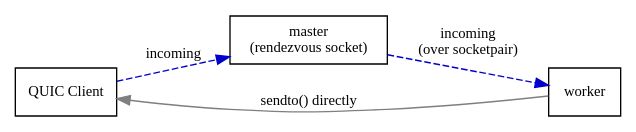
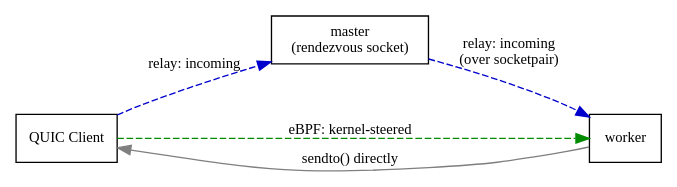
The sixth of 6 diagrams in docsrc/concepts/features/quic-dispatch.rst (cyrusimap/cyrus-imapd), drawn with Graphviz before and after one commit. The commit also changed other lines of this file and 17 other files, not shown here.

First line of the commit message:
master.c: add an eBPF backend for QUIC connection dispatch

```diff
--- a/docsrc/concepts/features/quic-dispatch.rst
+++ b/docsrc/concepts/features/quic-dispatch.rst
@@ -219,15 +446,16 @@
 .. graphviz::
     :caption: A connection's traffic, both directions, after handoff
 
     digraph {
             rankdir = LR;
             splines = true;
             nodesep = 0.6;
 
             edge [color=gray50, fontname=Calibri, fontsize=11];
             node [shape=record, fontname=Calibri, fontsize=11];
 
-            "QUIC Client" -> "master\n(rendezvous socket)" [label="incoming", style=dashed, color=blue3];
-            "master\n(rendezvous socket)" -> "worker" [label="incoming\n(over socketpair)", style=dashed, color=blue3];
+            "QUIC Client" -> "master\n(rendezvous socket)" [label="relay: incoming", style=dashed, color=blue3];
+            "master\n(rendezvous socket)" -> "worker" [label="relay: incoming\n(over socketpair)", style=dashed, color=blue3];
+            "QUIC Client" -> "worker" [label="eBPF: kernel-steered\n", style=dashed, color=green4];
             "worker" -> "QUIC Client" [label="sendto() directly"];
         }
```
